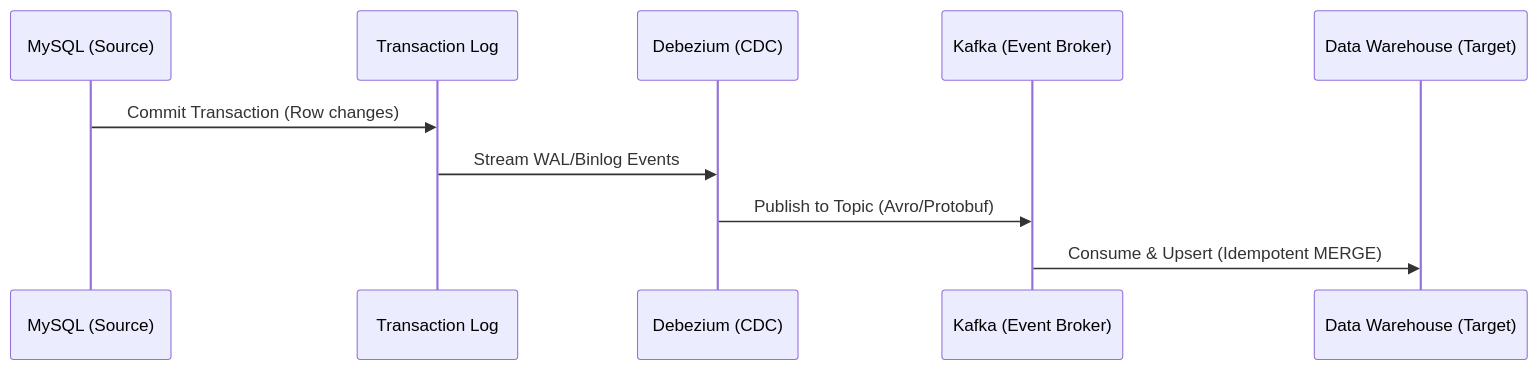
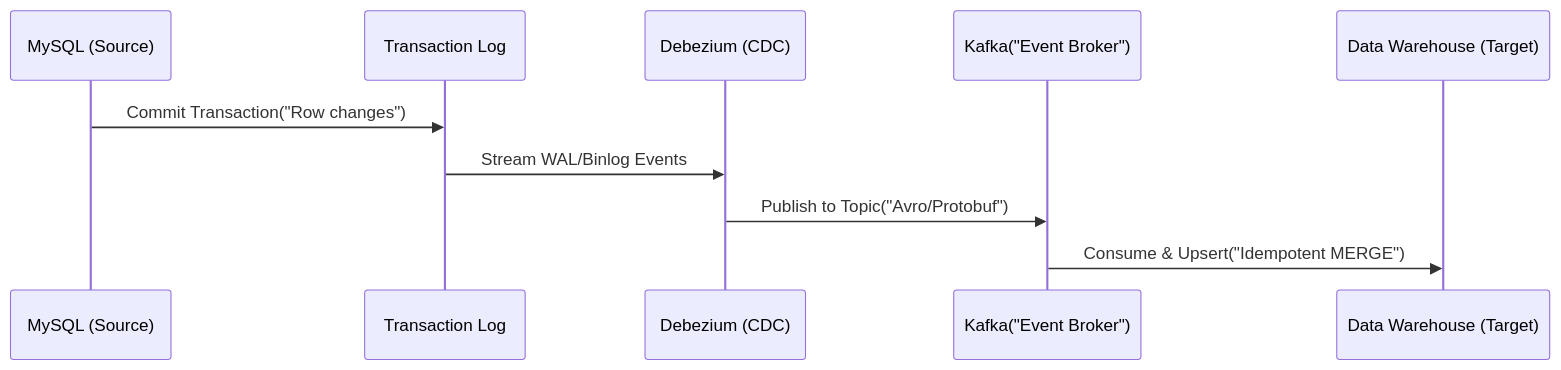
One commit to kythuatdulieu/kythuatdulieu.github.io changed the diagram in src/content/docs/concepts/2-data-ingestion-integration/data-ingestion.md. Above: the diagram before and after it, drawn with Mermaid. The commit also changed 190 other files, not shown here.

Commit message:
fix: resolve mermaid syntax, math rendering, and metadata issues from content rewrite

````diff
--- a/src/content/docs/concepts/2-data-ingestion-integration/data-ingestion.md
+++ b/src/content/docs/concepts/2-data-ingestion-integration/data-ingestion.md
@@ -33,13 +33,13 @@
 ```mermaid
 sequenceDiagram
     participant OLTP as MySQL (Source)
     participant Binlog as Transaction Log
     participant Debezium as Debezium (CDC)
-    participant Kafka as Kafka (Event Broker)
+    participant Kafka as Kafka("Event Broker")
     participant Sink as Data Warehouse (Target)
 
-    OLTP->>Binlog: Commit Transaction (Row changes)
+    OLTP->>Binlog: Commit Transaction("Row changes")
     Binlog->>Debezium: Stream WAL/Binlog Events
-    Debezium->>Kafka: Publish to Topic (Avro/Protobuf)
-    Kafka->>Sink: Consume & Upsert (Idempotent MERGE)
+    Debezium->>Kafka: Publish to Topic("Avro/Protobuf")
+    Kafka->>Sink: Consume & Upsert("Idempotent MERGE")
 ```
````
